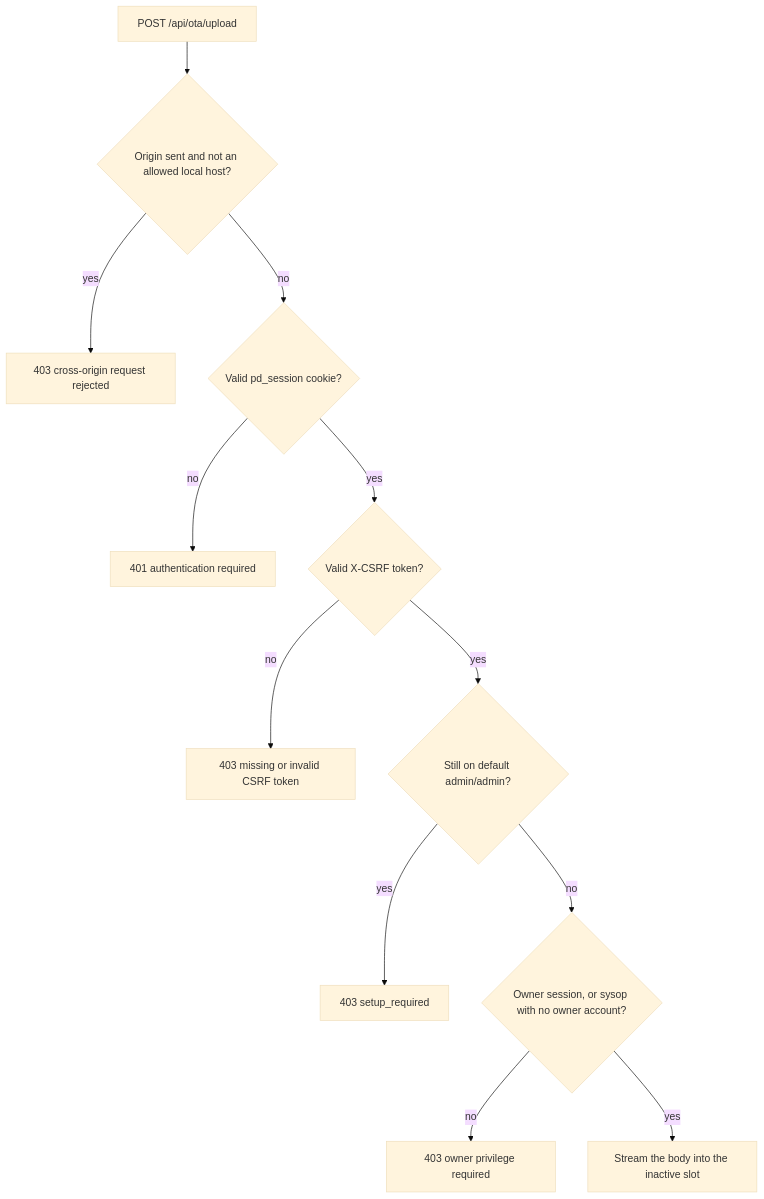
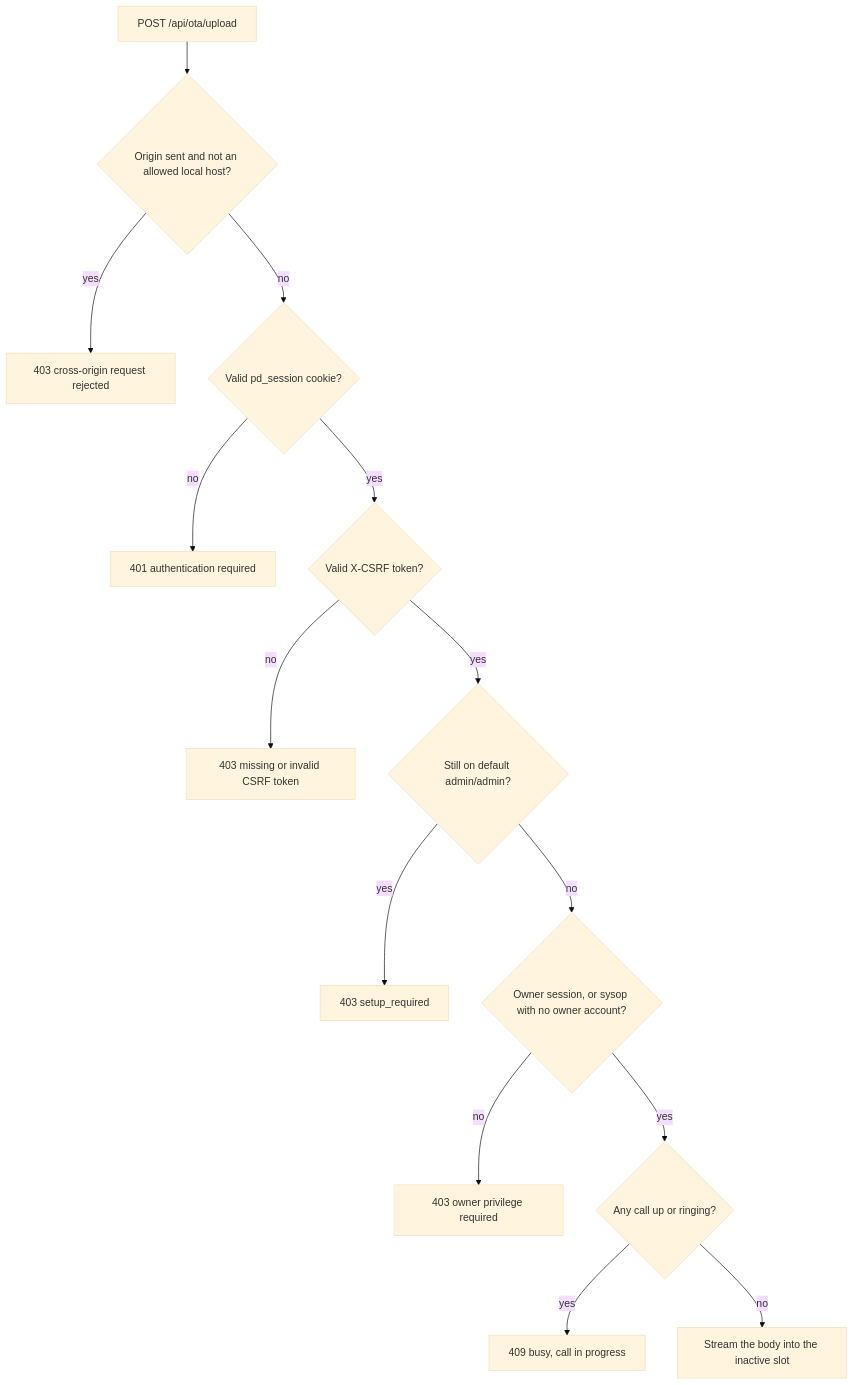
One commit to GlomarGadaffi/pocket-dial changed the first of 2 diagrams in docs/OTA.md. Above: the diagram before and after it, drawn with Mermaid (base theme). The commit also changed other lines of this file and 4 other files, not shown here.

First line of the commit message:
Refuse an OTA upload while a call is up or ringing

````diff
--- a/docs/OTA.md
+++ b/docs/OTA.md
@@ -204,14 +204,16 @@
 ```mermaid
 flowchart TD
     A["POST /api/ota/upload"] --> B{"Origin sent and not an allowed local host?"}
     B -->|yes| R1["403 cross-origin request rejected"]
     B -->|no| C{"Valid pd_session cookie?"}
     C -->|no| R2["401 authentication required"]
     C -->|yes| D{"Valid X-CSRF token?"}
     D -->|no| R3["403 missing or invalid CSRF token"]
     D -->|yes| E{"Still on default admin/admin?"}
     E -->|yes| R4["403 setup_required"]
     E -->|no| F{"Owner session, or sysop with no owner account?"}
     F -->|no| R5["403 owner privilege required"]
-    F -->|yes| G["Stream the body into the inactive slot"]
+    F -->|yes| H{"Any call up or ringing?"}
+    H -->|yes| R6["409 busy, call in progress"]
+    H -->|no| G["Stream the body into the inactive slot"]
 ```
````
